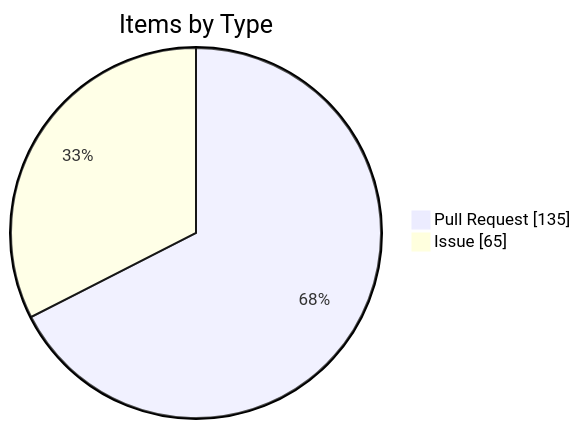
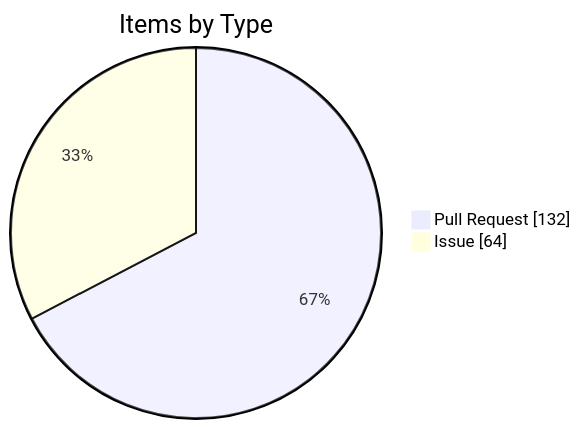
One commit to KBVE/kbve changed the fourth of 4 diagrams in apps/kbve/astro-kbve/src/content/docs/dashboard/kanban-data.mdx. Above: the diagram before and after it, drawn with Mermaid. The commit also changed other lines of this file and 8 other files, not shown here.

````diff
--- a/apps/kbve/astro-kbve/src/content/docs/dashboard/kanban-data.mdx
+++ b/apps/kbve/astro-kbve/src/content/docs/dashboard/kanban-data.mdx
@@ -115,6 +116,6 @@
 ```mermaid
 pie showData
     title Items by Type
-    "Pull Request" : 135
-    "Issue" : 65
+    "Pull Request" : 132
+    "Issue" : 64
 ```
````
